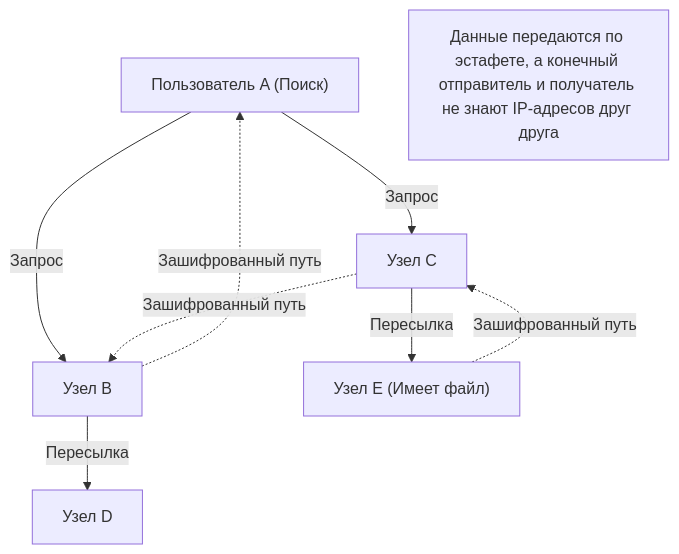
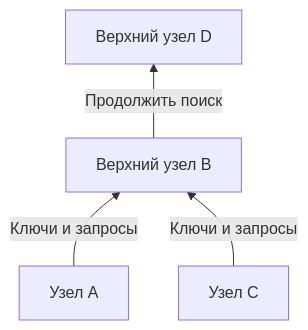
One commit to kenjinote/blog changed the first of 2 diagrams in content/post/history-of-winny/index.ru.md. Above: the diagram before and after it, drawn with Mermaid. The commit also changed other lines of this file and 13 other files, not shown here.

````diff
--- a/content/post/history-of-winny/index.ru.md
+++ b/content/post/history-of-winny/index.ru.md
@@ -55,11 +47,6 @@
 ```mermaid
-graph TD
-    NodeA["Пользователь A (Поиск)"] -->|"Запрос"| NodeB["Узел B"]
-    NodeA -->|"Запрос"| NodeC["Узел C"]
-    NodeB -->|"Пересылка"| NodeD["Узел D"]
-    NodeC -->|"Пересылка"| NodeE["Узел E (Имеет файл)"]
-    NodeE -.->|"Зашифрованный путь"| NodeC
-    NodeC -.->|"Зашифрованный путь"| NodeB
-    NodeB -.->|"Зашифрованный путь"| NodeA
-    Note["Данные передаются по эстафете, а конечный отправитель и получатель не знают IP-адресов друг друга"]
+flowchart BT
+    A["Узел A"] -->|"Ключи и запросы"| B["Верхний узел B"]
+    C["Узел C"] -->|"Ключи и запросы"| B
+    B -->|"Продолжить поиск"| D["Верхний узел D"]
 ```
````
